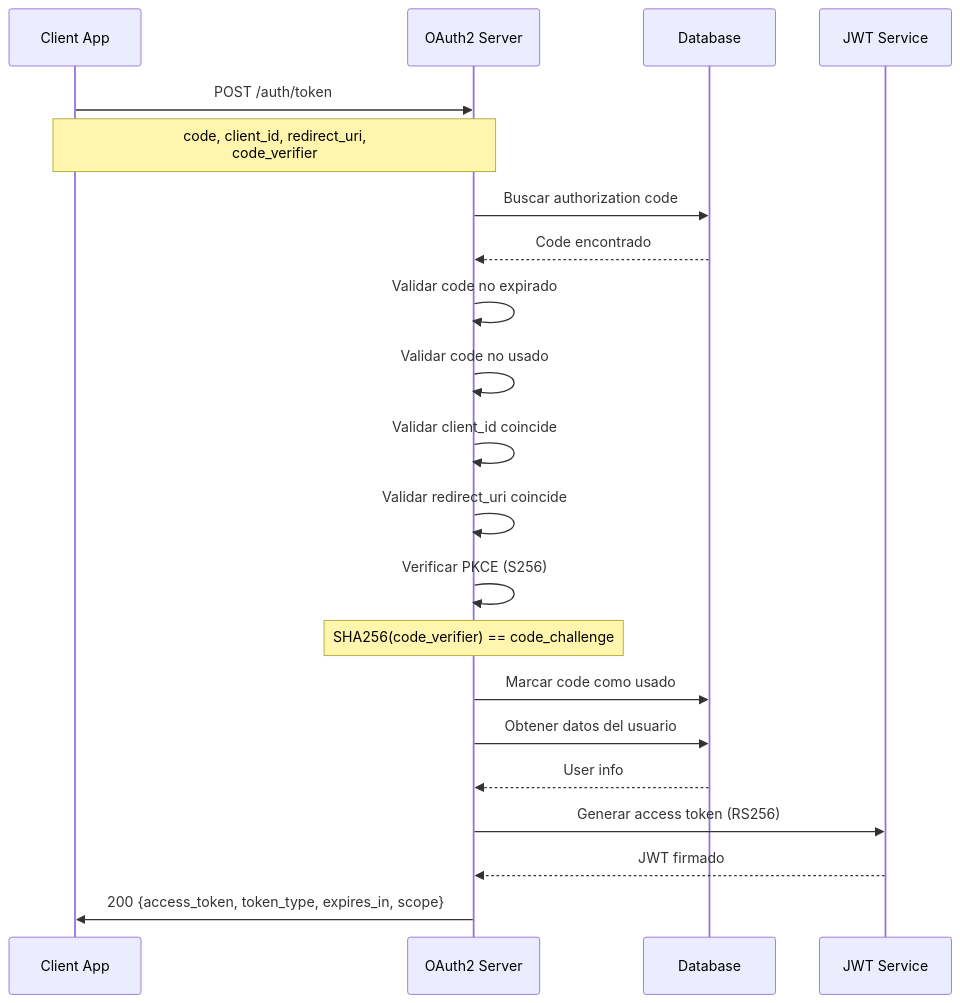
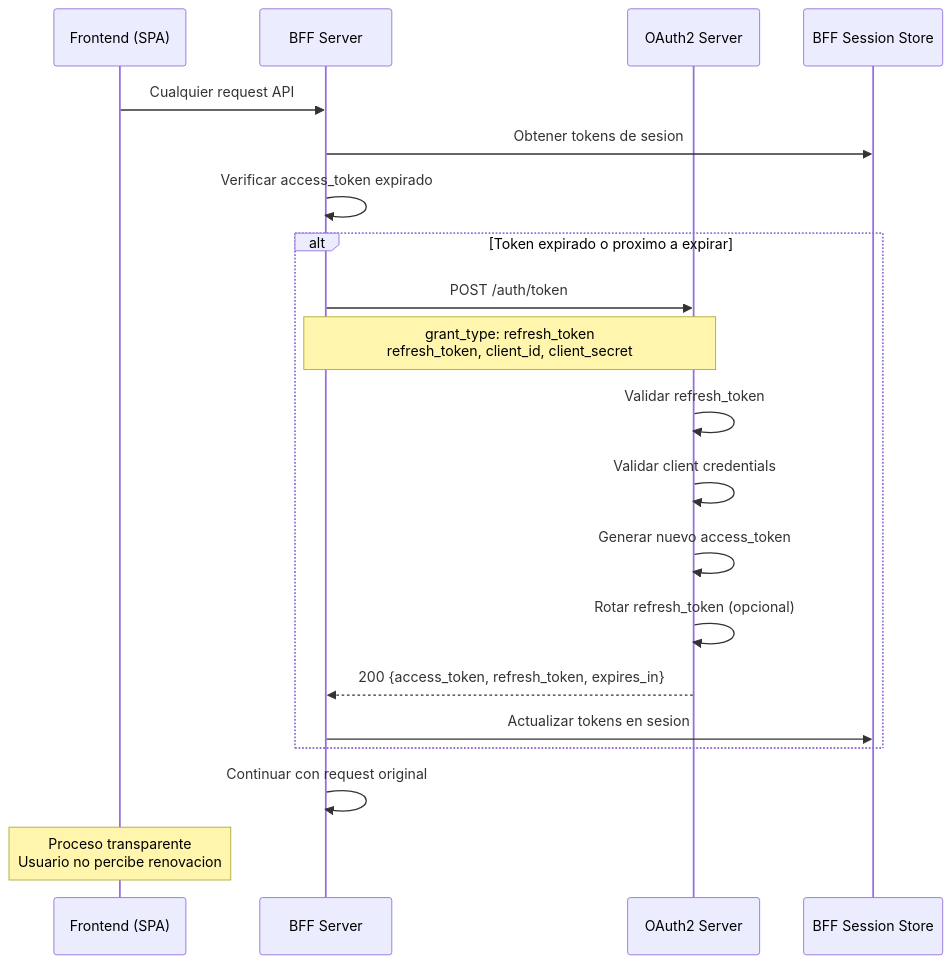
Before and after one commit to JRuvalcabaFSD/ByteBerry-OAuth2: the fourth of 6 diagrams in README.md, drawn with Mermaid. The commit also changed other lines of this file and 2 other files, not shown here.

Commit message:
feat: update documentation and logic in the consent and authorization flow

````diff
--- a/README.md
+++ b/README.md
@@ -115,24 +149,23 @@
 ```mermaid
 sequenceDiagram
-    participant C as Client App
-    participant S as OAuth2 Server
-    participant DB as Database
-    participant JWT as JWT Service
+    participant F as Frontend (SPA)
+    participant B as BFF Server
+    participant O as OAuth2 Server
+    participant DB as BFF Session Store
 
-    C->>S: POST /auth/token
-    Note over C,S: code, client_id, redirect_uri,<br/>code_verifier
-    S->>DB: Buscar authorization code
-    DB-->>S: Code encontrado
-    S->>S: Validar code no expirado
-    S->>S: Validar code no usado
-    S->>S: Validar client_id coincide
-    S->>S: Validar redirect_uri coincide
-    S->>S: Verificar PKCE (S256)
-    Note over S: SHA256(code_verifier) == code_challenge
-    S->>DB: Marcar code como usado
-    S->>DB: Obtener datos del usuario
-    DB-->>S: User info
-    S->>JWT: Generar access token (RS256)
-    JWT-->>S: JWT firmado
-    S->>C: 200 {access_token, token_type, expires_in, scope}
+    F->>B: Cualquier request API
+    B->>DB: Obtener tokens de sesion
+    B->>B: Verificar access_token expirado
+    alt Token expirado o proximo a expirar
+        B->>O: POST /auth/token
+        Note over B,O: grant_type: refresh_token<br/>refresh_token, client_id, client_secret
+        O->>O: Validar refresh_token
+        O->>O: Validar client credentials
+        O->>O: Generar nuevo access_token
+        O->>O: Rotar refresh_token (opcional)
+        O-->>B: 200 {access_token, refresh_token, expires_in}
+        B->>DB: Actualizar tokens en sesion
+    end
+    B->>B: Continuar con request original
+    Note over F: Proceso transparente<br/>Usuario no percibe renovacion
 ```
````
